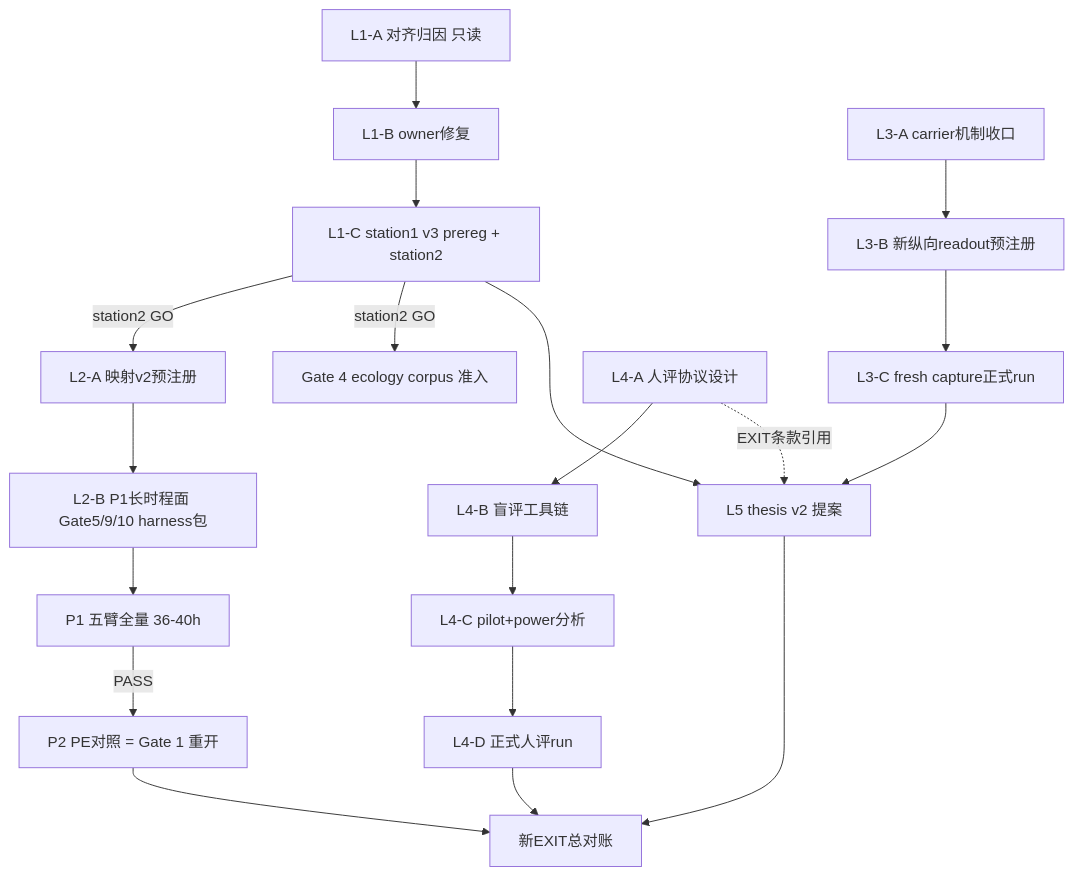
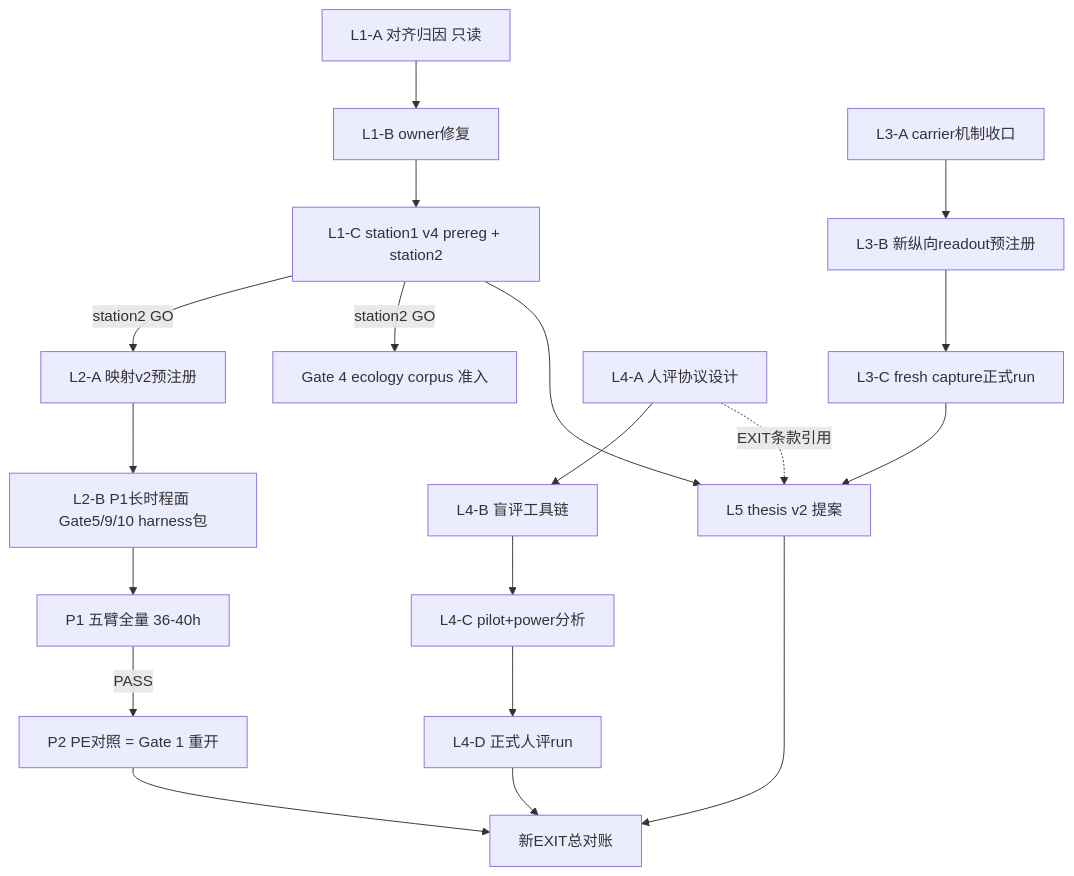
One commit to ronaldzgithub/VolvenceZero changed the diagram in .cursor/plans/证据提升五杠杆总计划_48ecbd36.plan.md. Above: the diagram before and after it, drawn with Mermaid. The commit also changed other lines of this file and 5 other files, not shown here.

````diff
--- a/.cursor/plans/证据提升五杠杆总计划_48ecbd36.plan.md
+++ b/.cursor/plans/证据提升五杠杆总计划_48ecbd36.plan.md
@@ -61,21 +61,21 @@
 ```mermaid
 flowchart TD
     L1A[L1-A 对齐归因 只读] --> L1B[L1-B owner修复]
-    L1B --> L1C[L1-C station1 v3 prereg + station2]
+    L1B --> L1C[L1-C station1 v4 prereg + station2]
     L1C -->|station2 GO| L2A[L2-A 映射v2预注册]
     L1C -->|station2 GO| G4[Gate 4 ecology corpus 准入]
     L2A --> L2B[L2-B P1长时程面 Gate5/9/10 harness包]
     L2B --> P1[P1 五臂全量 36-40h]
     P1 -->|PASS| P2["P2 PE对照 = Gate 1 重开"]
     L3A[L3-A carrier机制收口] --> L3B[L3-B 新纵向readout预注册]
     L3B --> L3C[L3-C fresh capture正式run]
     L4A[L4-A 人评协议设计] --> L4B[L4-B 盲评工具链]
     L4B --> L4C[L4-C pilot+power分析]
     L4C --> L4D[L4-D 正式人评run]
     L1C --> L5[L5 thesis v2 提案]
     L3C --> L5
     L4A -.EXIT条款引用.-> L5
     P2 --> FIN[新EXIT总对账]
     L4D --> FIN
     L5 --> FIN
 ```
````
